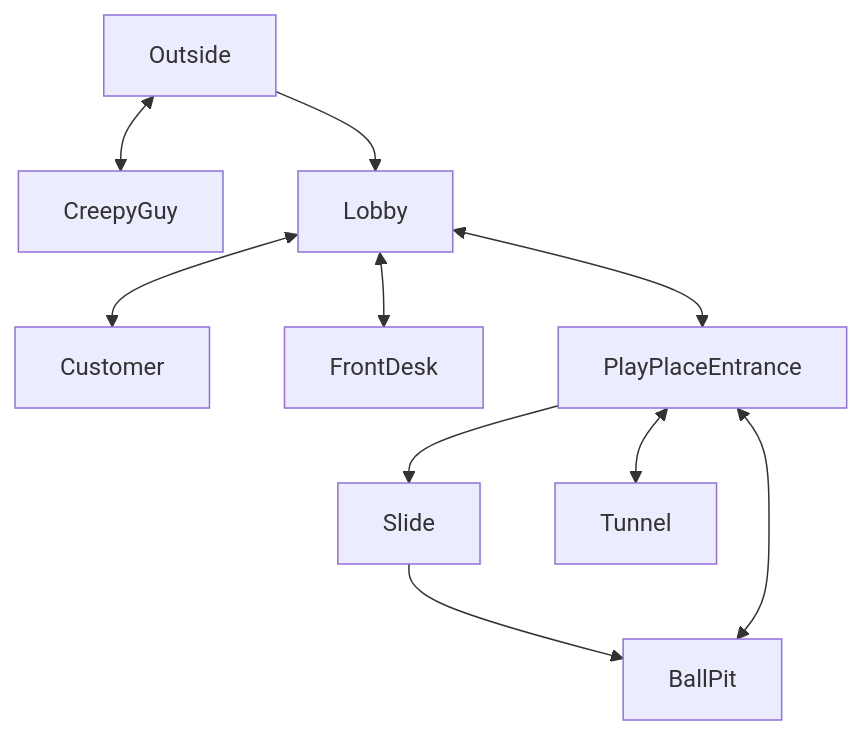
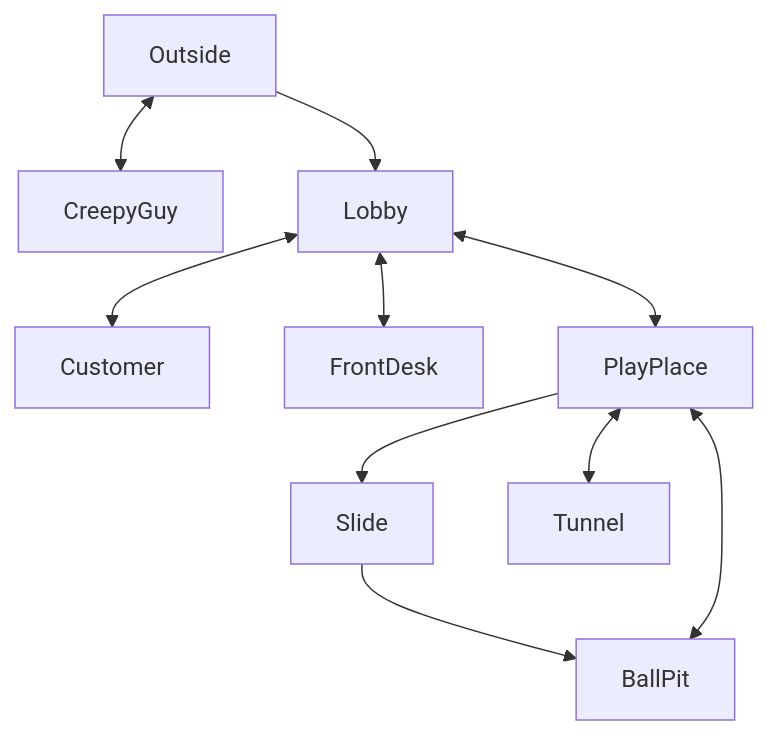
One commit to ghaynes429/ghaynes429.github.io changed the diagram in projects/game/README.md. Above: the diagram before and after it, drawn with Mermaid.

````diff
--- a/projects/game/README.md
+++ b/projects/game/README.md
@@ -12,14 +12,14 @@
 ```mermaid
 graph TD;
     Outside<-->CreepyGuy;
     Outside-->Lobby;
     Lobby<-->Customer;
     Lobby<-->FrontDesk;
-    Lobby<-->PlayPlaceEntrance;
-    PlayPlaceEntrance-->Slide;
+    Lobby<-->PlayPlace;
+    PlayPlace-->Slide;
     Slide-->BallPit;
-    PlayPlaceEntrance<-->Tunnel;
-    PlayPlaceEntrance<-->BallPit;
+    PlayPlace<-->Tunnel;
+    PlayPlace<-->BallPit;
 
 
 ```
````
